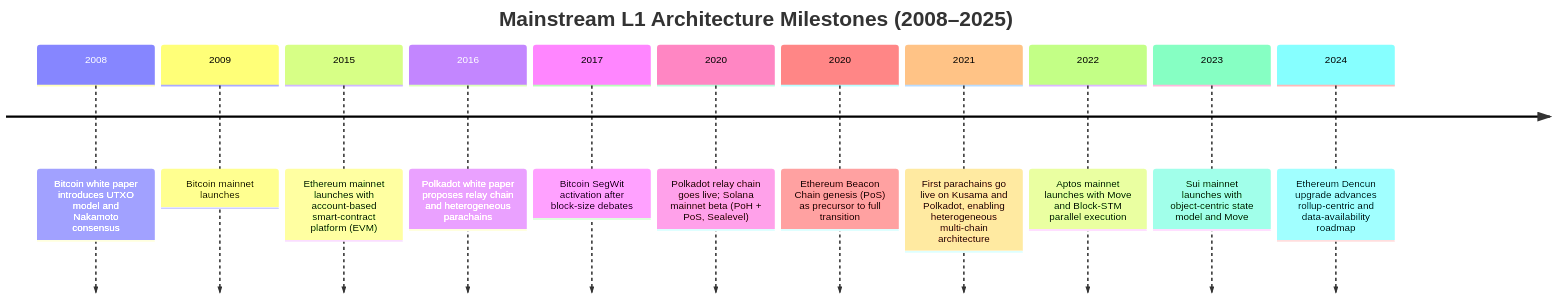
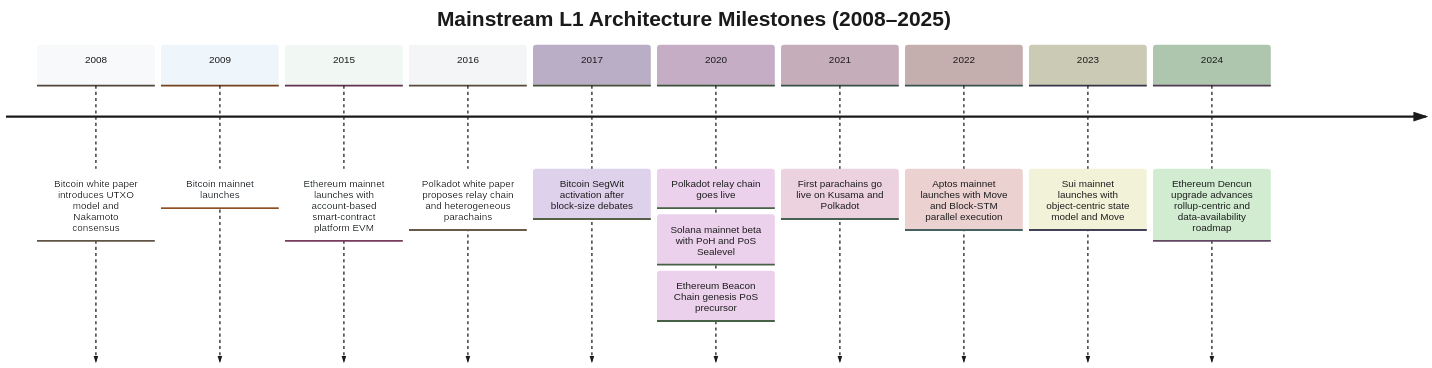
The seventh of 7 diagrams in Blockchain/Architecture/Investigate/2025-11-22/GPT5.1HighReasoning.md (ljg-cqu/knowledge), drawn with Mermaid before and after one commit. The commit also changed other lines of this file and 9 other files, not shown here.

````diff
--- a/Blockchain/Architecture/Investigate/2025-11-22/GPT5.1HighReasoning.md
+++ b/Blockchain/Architecture/Investigate/2025-11-22/GPT5.1HighReasoning.md
@@ -205,15 +560,28 @@
  ```mermaid
- timeline
+%%{init: {
+  "theme": "base",
+  "themeVariables": {
+    "primaryColor": "#f8f9fa",
+    "primaryTextColor": "#1a1a1a",
+    "primaryBorderColor": "#7a8591",
+    "cScale0": "#f8f9fa",
+    "cScale1": "#eff6fb",
+    "cScale2": "#f1f8f4",
+    "cScale3": "#f3f5f7"
+  }
+}}%%
+timeline
   title Mainstream L1 Architecture Milestones (2008–2025)
   2008 : Bitcoin white paper introduces UTXO model and Nakamoto consensus
   2009 : Bitcoin mainnet launches
-  2015 : Ethereum mainnet launches with account-based smart-contract platform (EVM)
+  2015 : Ethereum mainnet launches with account-based smart-contract platform EVM
   2016 : Polkadot white paper proposes relay chain and heterogeneous parachains
   2017 : Bitcoin SegWit activation after block-size debates
-  2020 : Polkadot relay chain goes live; Solana mainnet beta (PoH + PoS, Sealevel)
-  2020 : Ethereum Beacon Chain genesis (PoS) as precursor to full transition
-  2021 : First parachains go live on Kusama and Polkadot, enabling heterogeneous multi-chain architecture
+  2020 : Polkadot relay chain goes live
+       : Solana mainnet beta with PoH and PoS Sealevel
+       : Ethereum Beacon Chain genesis PoS precursor
+  2021 : First parachains go live on Kusama and Polkadot
   2022 : Aptos mainnet launches with Move and Block-STM parallel execution
   2023 : Sui mainnet launches with object-centric state model and Move
   2024 : Ethereum Dencun upgrade advances rollup-centric and data-availability roadmap
  ```
````
